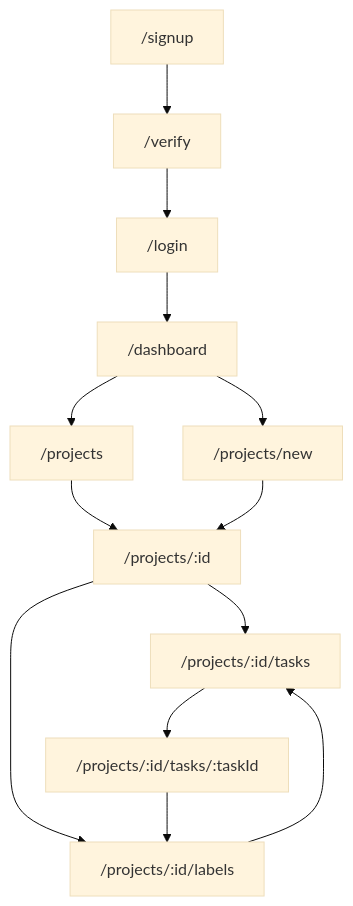
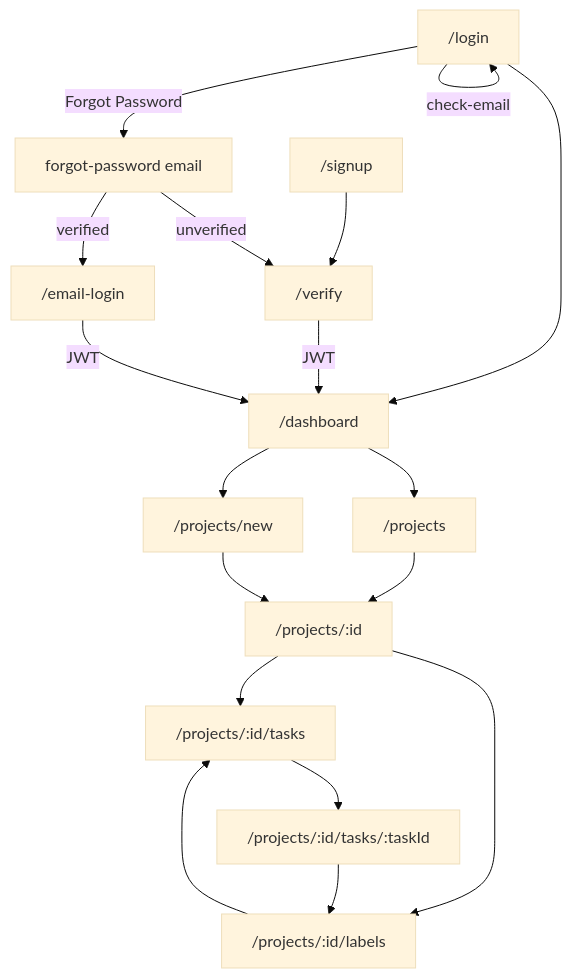
The diagram in frontend/docs/frontend_requirements.md (ShimleenNawal/TaskHive), drawn with Mermaid (base theme) before and after one commit. The commit also changed other lines of this file and 10 other files, not shown here.

````diff
--- a/frontend/docs/frontend_requirements.md
+++ b/frontend/docs/frontend_requirements.md
@@ -345,15 +360,20 @@
 ```mermaid
 flowchart TD
   signup["/signup"] --> verify["/verify"]
   login["/login"] --> dashboard["/dashboard"]
-  verify --> login
+  login -->|check-email| login
+  login -->|Forgot Password| forgot["forgot-password email"]
+  forgot -->|unverified| verify
+  forgot -->|verified| emailLogin["/email-login"]
+  verify -->|JWT| dashboard
+  emailLogin -->|JWT| dashboard
   dashboard --> projects["/projects"]
   dashboard --> newProject["/projects/new"]
   projects --> projectDetail["/projects/:id"]
   newProject --> projectDetail
   projectDetail --> tasks["/projects/:id/tasks"]
   projectDetail --> labels["/projects/:id/labels"]
   tasks --> taskDetail["/projects/:id/tasks/:taskId"]
   taskDetail --> labels
   labels --> tasks
 ```
````
